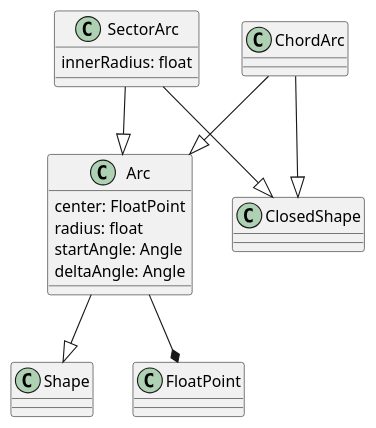
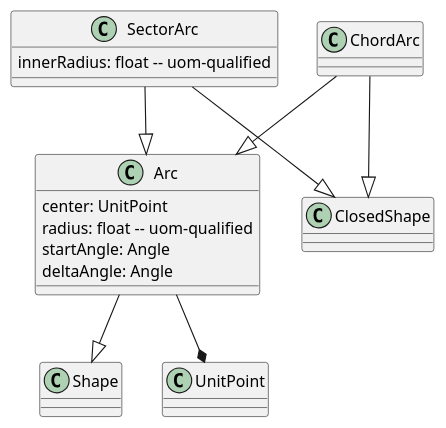
The second of 3 diagrams in core/sections/clause_11_shapes.adoc (opengeospatial/styles-and-symbology), drawn with PlantUML before and after one commit. The commit also changed other lines of this file and 5 other files, not shown here.

```diff
--- a/core/sections/clause_11_shapes.adoc
+++ b/core/sections/clause_11_shapes.adoc
@@ -92,16 +92,16 @@
 [plantuml, target=diagram-classes, format=png]
 ....
 Arc --|> Shape
-Arc : center: FloatPoint
-Arc : radius: float
+Arc : center: UnitPoint
+Arc : radius: float -- uom-qualified
 Arc : startAngle: Angle
 Arc : deltaAngle: Angle
-Arc --* FloatPoint
+Arc --* UnitPoint
 
 SectorArc --|> Arc
 SectorArc --|> ClosedShape
-SectorArc : innerRadius: float
+SectorArc : innerRadius: float -- uom-qualified
 
 ChordArc --|> Arc
 ChordArc --|> ClosedShape
 ....
```
